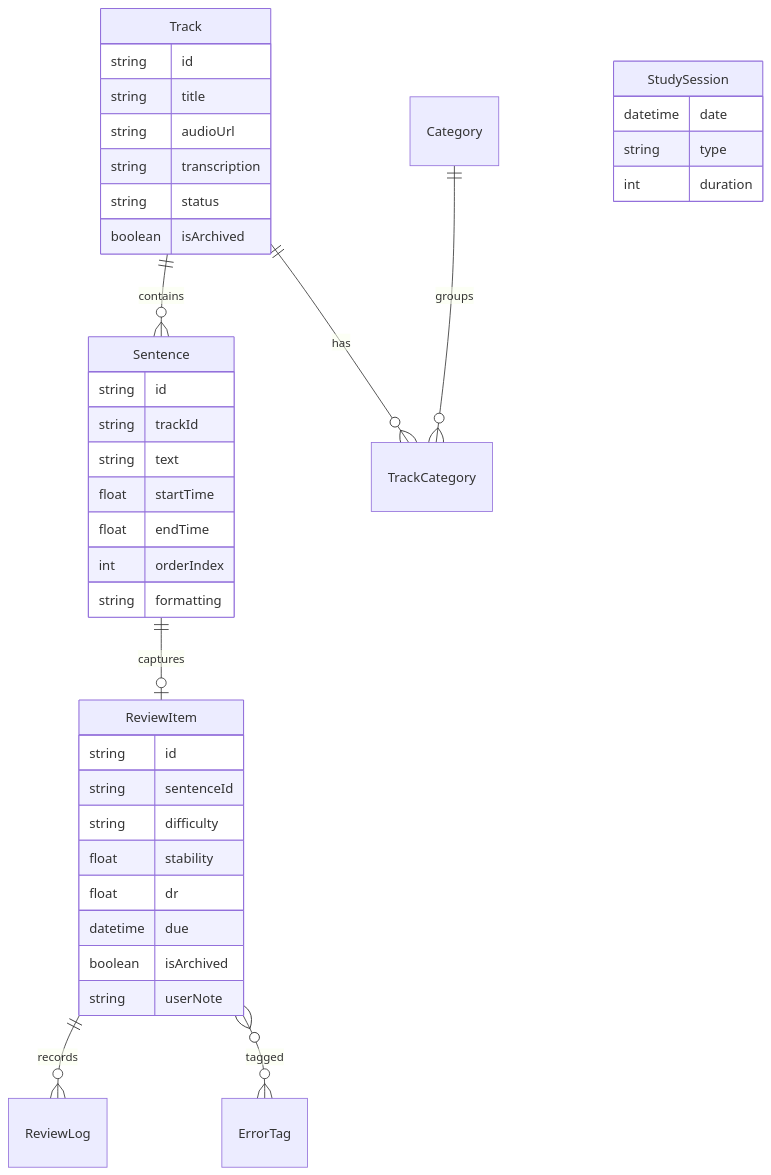
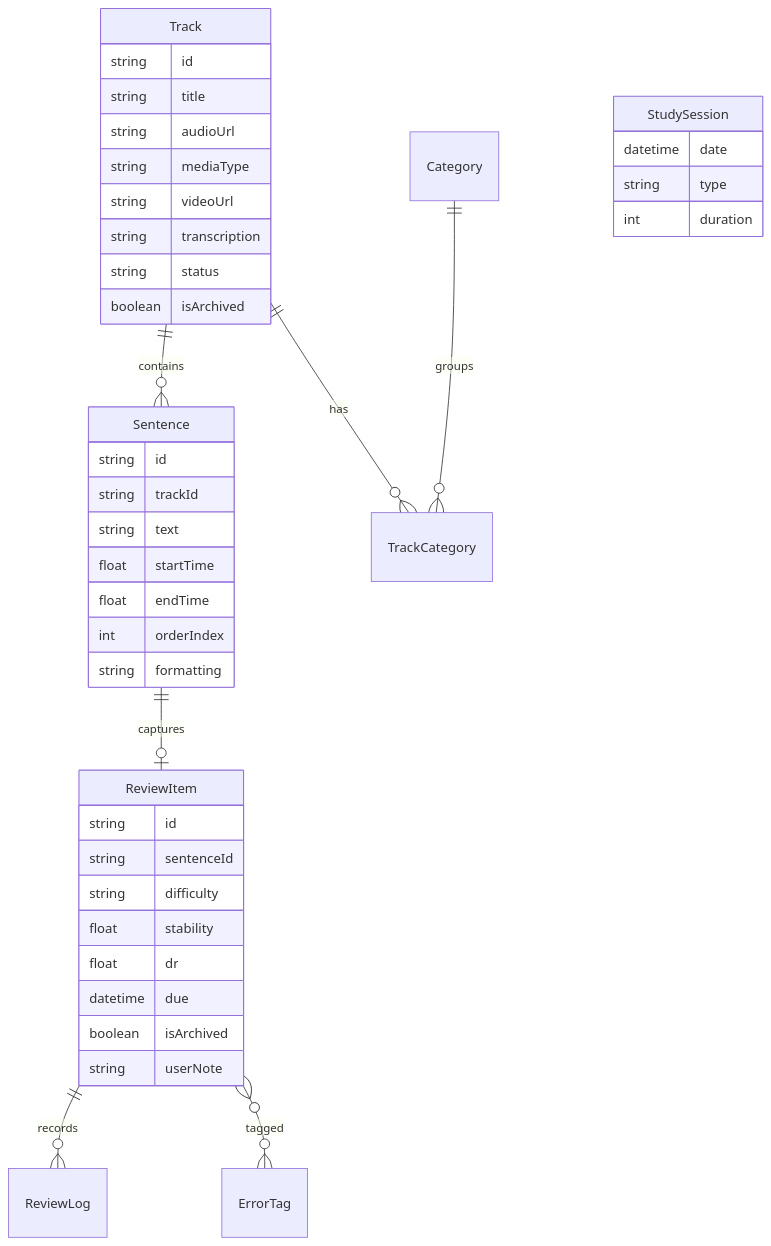
The second of 4 diagrams in docs/architecture.md (zhouchangju/DeepListener), drawn with Mermaid before and after one commit. The commit also changed other lines of this file and 14 other files, not shown here.

````diff
--- a/docs/architecture.md
+++ b/docs/architecture.md
@@ -113,45 +115,47 @@
 ```mermaid
 erDiagram
   Track ||--o{ Sentence : contains
   Track ||--o{ TrackCategory : has
   Category ||--o{ TrackCategory : groups
   Sentence ||--o| ReviewItem : captures
   ReviewItem ||--o{ ReviewLog : records
   ReviewItem }o--o{ ErrorTag : tagged
 
   Track {
     string id
     string title
     string audioUrl
+    string mediaType
+    string videoUrl
     string transcription
     string status
     boolean isArchived
   }
 
   Sentence {
     string id
     string trackId
     string text
     float startTime
     float endTime
     int orderIndex
     string formatting
   }
 
   ReviewItem {
     string id
     string sentenceId
     string difficulty
     float stability
     float dr
     datetime due
     boolean isArchived
     string userNote
   }
 
   StudySession {
     datetime date
     string type
     int duration
   }
 ```
````
